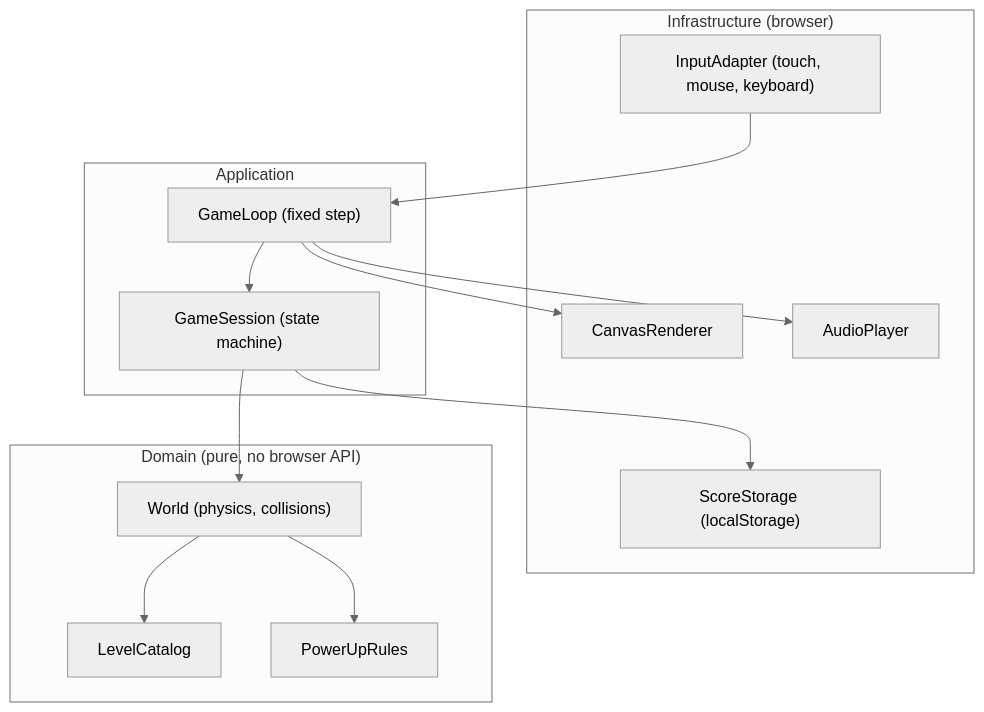
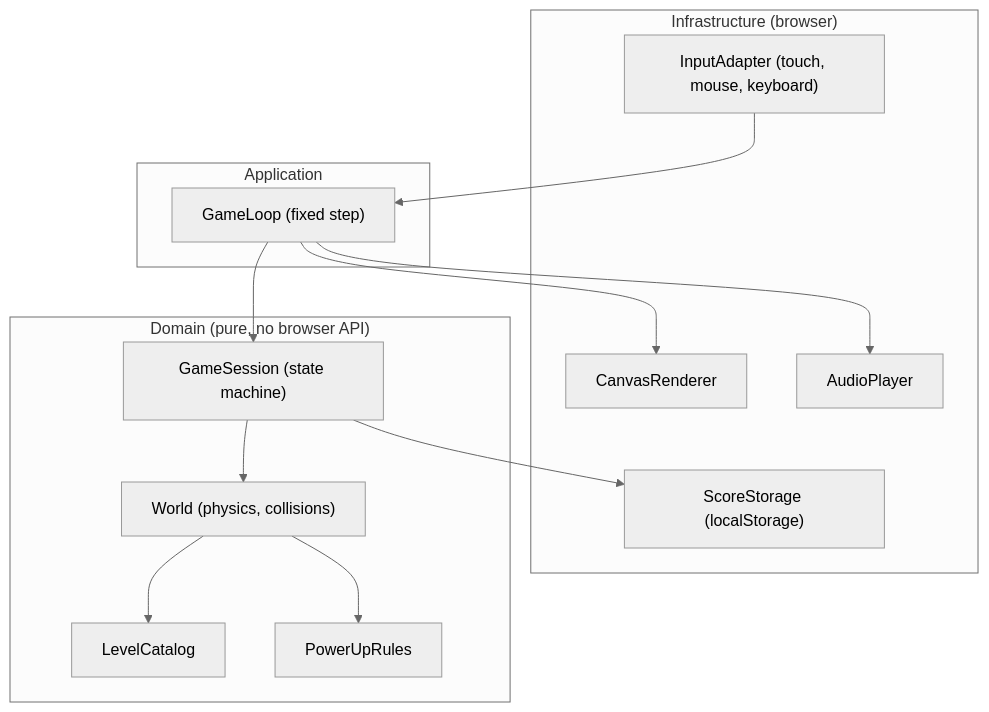
Before and after one commit to benoit-bremaud/retro-bounce: the diagram in docs/architecture/diagrams/gameplay/03-component.md, drawn with Mermaid (neutral theme). The commit also changed other lines of this file and 16 other files, not shown here.

First line of the commit message:
feat(game): domain II, world step, level loading, session and seeded random (#25)

````diff
--- a/docs/architecture/diagrams/gameplay/03-component.md
+++ b/docs/architecture/diagrams/gameplay/03-component.md
@@ -12,26 +12,26 @@
 ```mermaid
 flowchart TB
   subgraph INFRA["Infrastructure (browser)"]
     Input["InputAdapter (touch, mouse, keyboard)"]
     Render["CanvasRenderer"]
     Audio["AudioPlayer"]
     Store["ScoreStorage (localStorage)"]
   end
   subgraph APP["Application"]
     Loop["GameLoop (fixed step)"]
-    Session["GameSession (state machine)"]
   end
   subgraph DOMAIN["Domain (pure, no browser API)"]
     World["World (physics, collisions)"]
+    Session["GameSession (state machine)"]
     Levels["LevelCatalog"]
     Rules["PowerUpRules"]
   end
   Input --> Loop
   Loop --> Session
   Session --> World
   World --> Levels
   World --> Rules
   Loop --> Render
   Loop --> Audio
   Session --> Store
 ```
````
